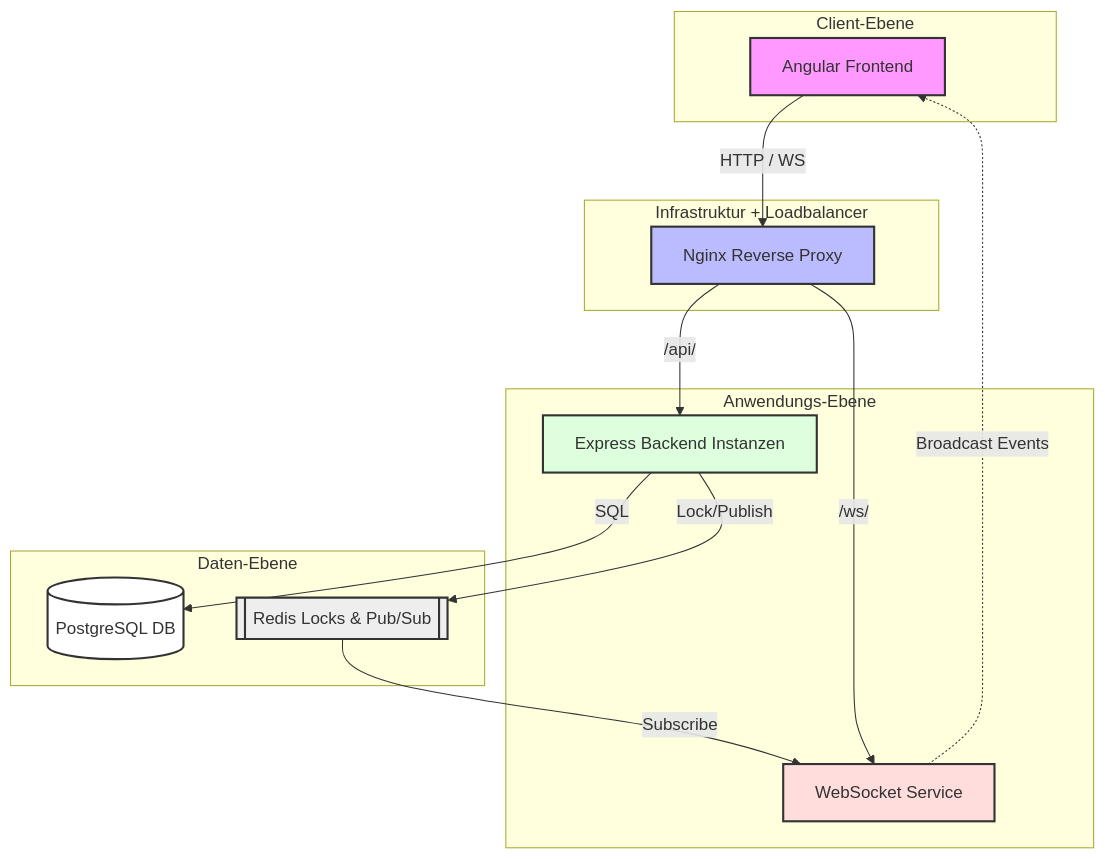
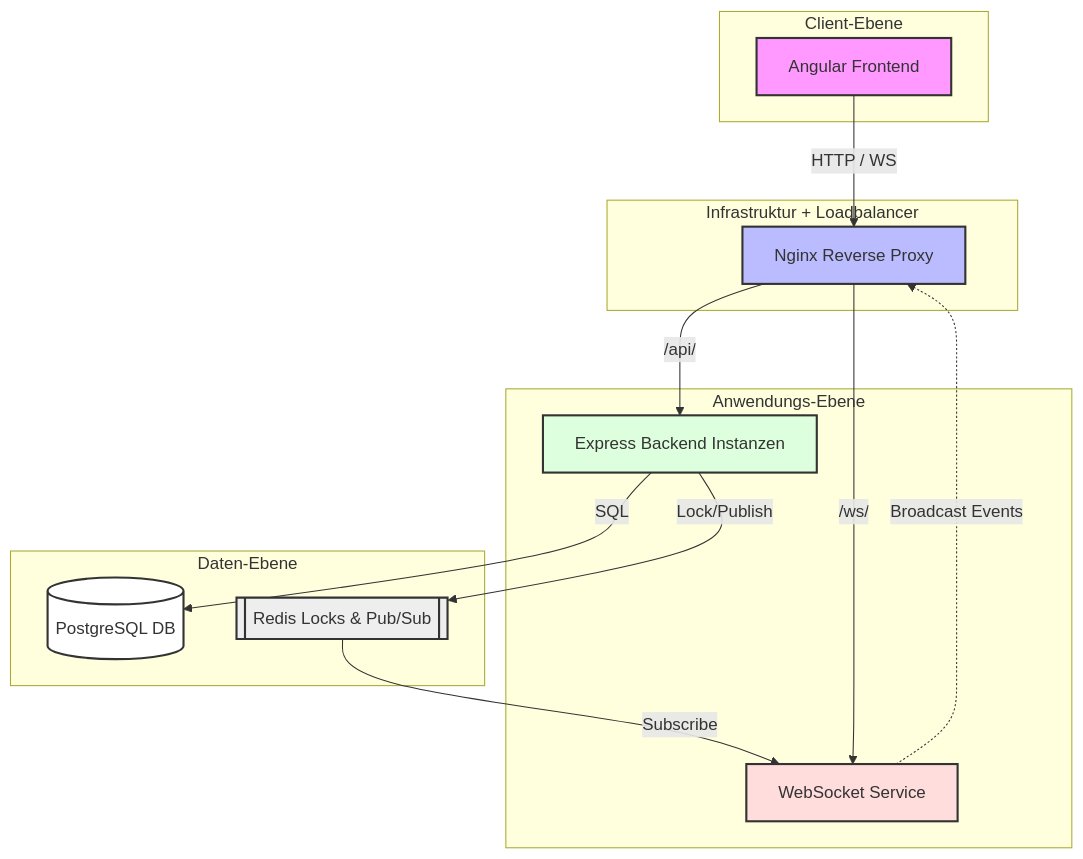
One commit to ChristianW12/verteilte-systeme-programm changed the diagram in Components.md. Above: the diagram before and after it, drawn with Mermaid.

Commit message:
Changing wrong route from ws to nginx

````diff
--- a/Components.md
+++ b/Components.md
@@ -5,39 +5,39 @@
 ```mermaid
 flowchart TD
     subgraph Client ["Client-Ebene"]
         Frontend[Angular Frontend]
     end
 
     subgraph Proxy ["Infrastruktur + Loadbalancer"]
         Nginx[Nginx Reverse Proxy]
     end
 
     subgraph App ["Anwendungs-Ebene"]
         Backend[Express Backend Instanzen]
         WS[WebSocket Service]
     end
 
     subgraph Data ["Daten-Ebene"]
         DB[(PostgreSQL DB)]
         Redis[[Redis Locks & Pub/Sub]]
     end
 
     %% Verbindungen
     Frontend -- "HTTP / WS" --> Nginx
     
     Nginx -- "/api/" --> Backend
     Nginx -- "/ws/" --> WS
 
     Backend -- "SQL" --> DB
     Backend -- "Lock/Publish" --> Redis
 
     Redis -- "Subscribe" --> WS
-    WS -. "Broadcast Events" .-> Frontend
+    WS -. "Broadcast Events" .-> Nginx
 
     style Frontend fill:#f9f,stroke:#333,stroke-width:2px
     style Nginx fill:#bbf,stroke:#333,stroke-width:2px
     style Backend fill:#dfd,stroke:#333,stroke-width:2px
     style WS fill:#fdd,stroke:#333,stroke-width:2px
     style DB fill:#fff,stroke:#333,stroke-width:2px
     style Redis fill:#eee,stroke:#333,stroke-width:2px
 ```
````
